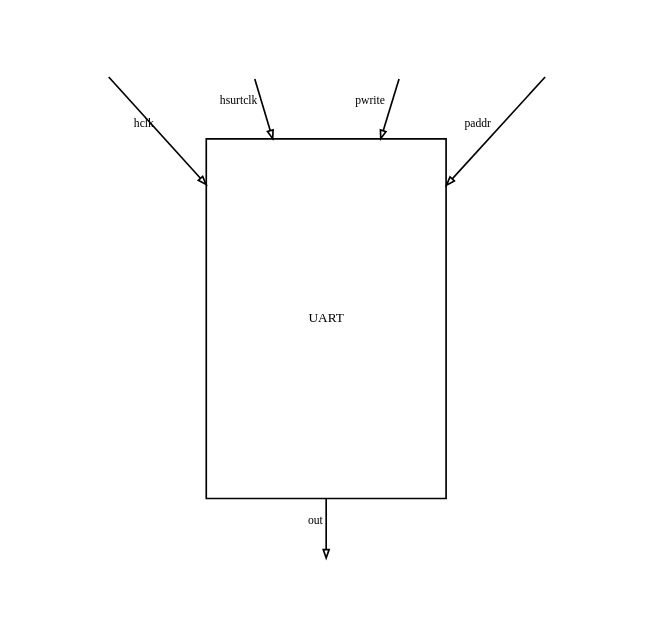
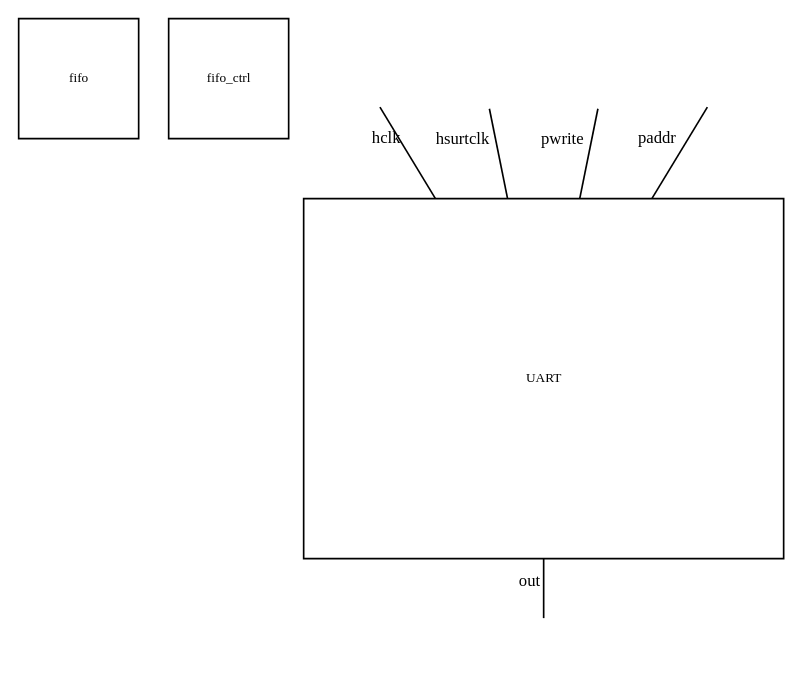
The diagram in block.dot (arunenigma/CSV_to_Block_Diagram_Generator), drawn with Graphviz before and after one commit. The commit also changed 8 other files, not shown here.

```diff
--- a/block.dot
+++ b/block.dot
@@ -1,14 +1,81 @@
-// uart.csv
-digraph {
-	main [label=UART fixedsize=true width=2 shape=box fontsize=8 height=3]
-	0 [label=secret style=invis]
-		0 -> main [fontsize=7 arrowsize=0.5 arrowhead=empty xlabel=hclk constraint=true]
-	1 [label=secret style=invis]
-		1 -> main [fontsize=7 arrowsize=0.5 arrowhead=empty xlabel=hsurtclk constraint=true]
-	2 [label=secret style=invis]
-		2 -> main [fontsize=7 arrowsize=0.5 arrowhead=empty xlabel=pwrite constraint=true]
-	3 [label=secret style=invis]
-		3 -> main [fontsize=7 arrowsize=0.5 arrowhead=empty xlabel=paddr constraint=true]
-	4 [label=secret style=invis]
-		main -> 4 [fontsize=7 arrowsize=0.5 arrowhead=empty xlabel=out constraint=true]
+strict graph {
+	graph [bb="0,0,459,396",
+		comment="uart.csv",
+		rank=same
+	];
+	node [label="\N"];
+	subgraph s1 {
+		graph [rank=same];
+		fifo		 [fixedsize=true,
+			fontsize=8,
+			height=1,
+			label=fifo,
+			pos="36,360",
+			shape=box,
+			width=1];
+		fifo_ctrl		 [fixedsize=true,
+			fontsize=8,
+			height=1,
+			label=fifo_ctrl,
+			pos="126,360",
+			shape=box,
+			width=1];
+	}
+	main	 [fixedsize=true,
+		fontsize=8,
+		height=3,
+		label=UART,
+		pos="315,180",
+		shape=box,
+		width=4];
+	4	 [height=0.5,
+		pos="315,18",
+		style=invis,
+		width=0.75];
+	main -- 4	 [arrowsize=10,
+		constraint=true,
+		fontsize=10,
+		pos="315,71.833 315,58.171 315,45.708 315,36.322",
+		xlabel=out,
+		xlp="308,57.974"];
+	0	 [height=0.5,
+		pos="207,360",
+		style=invis,
+		width=0.75];
+	0 -- main	 [arrowsize=10,
+		constraint=true,
+		fontsize=10,
+		pos="216.77,342.89 224.82,329.63 237,309.55 250.07,288.02",
+		xlabel=hclk,
+		xlp="222.54,324.06"];
+	1	 [height=0.5,
+		pos="279,360",
+		style=invis,
+		width=0.75];
+	1 -- main	 [arrowsize=10,
+		constraint=true,
+		fontsize=10,
+		pos="282.45,341.93 285.13,328.71 289.08,309.15 293.32,288.19",
+		xlabel=hsurtclk,
+		xlp="270.8,323.46"];
+	2	 [height=0.5,
+		pos="351,360",
+		style=invis,
+		width=0.75];
+	2 -- main	 [arrowsize=10,
+		constraint=true,
+		fontsize=10,
+		pos="347.55,341.93 344.87,328.71 340.92,309.15 336.68,288.19",
+		xlabel=pwrite,
+		xlp="329.7,323.46"];
+	3	 [height=0.5,
+		pos="423,360",
+		style=invis,
+		width=0.75];
+	3 -- main	 [arrowsize=10,
+		constraint=true,
+		fontsize=10,
+		pos="413.23,342.89 405.18,329.63 393,309.55 379.93,288.02",
+		xlabel=paddr,
+		xlp="386.46,324.06"];
 }
```
